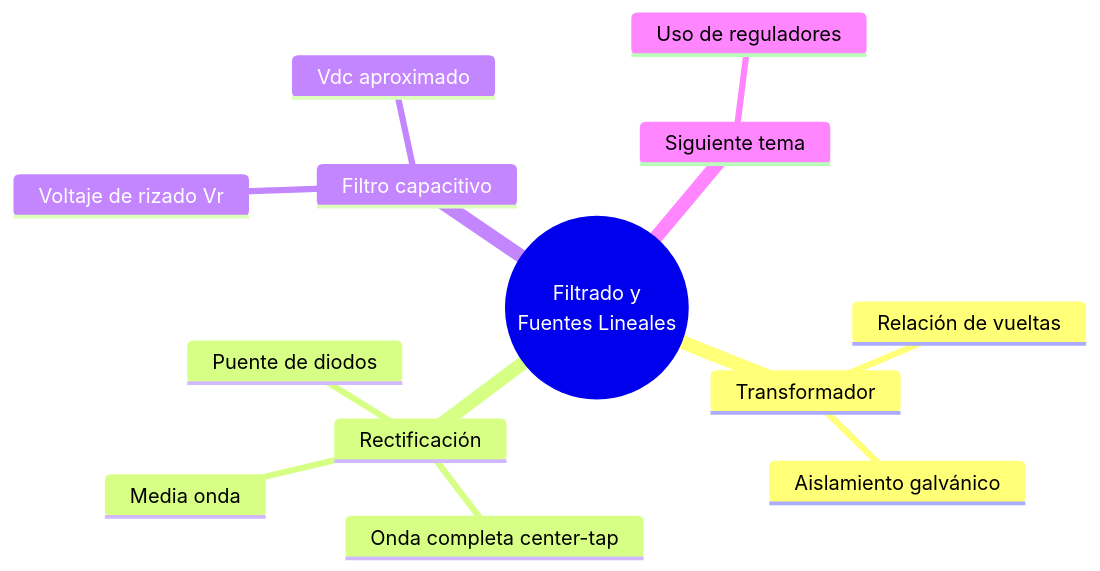
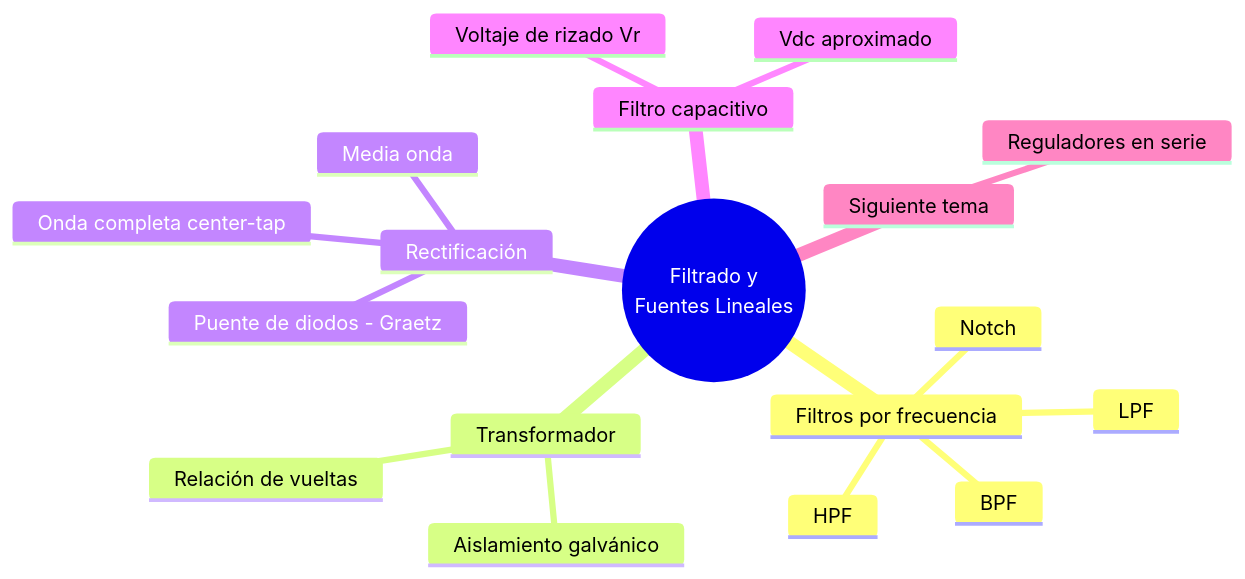
The diagram in src/site/notes/Universidad/3er Semestre/Fundamentos de Electricidad y Sistemas Digitales/Teórico/Unidad 2 - Introducción a la Electrónica/04 - Circuitos de Filtrado y Fuentes Lineales.md (Fsteven22/Notas-ESPOL), drawn with Mermaid before and after one commit. The commit also changed other lines of this file and 14 other files, not shown here.

````diff
--- a/src/site/notes/Universidad/3er Semestre/Fundamentos de Electricidad y Sistemas Digitales/Teórico/Unidad 2 - Introducción a la Electrónica/04 - Circuitos de Filtrado y Fuentes Lineales.md
+++ b/src/site/notes/Universidad/3er Semestre/Fundamentos de Electricidad y Sistemas Digitales/Teórico/Unidad 2 - Introducción a la Electrónica/04 - Circuitos de Filtrado y Fuentes Lineales.md
@@ -230,16 +288,21 @@
 ```mermaid
 mindmap
   root((Filtrado y<br/>Fuentes Lineales))
+    Filtros por frecuencia
+      LPF
+      HPF
+      BPF
+      Notch
     Transformador
       Relación de vueltas
       Aislamiento galvánico
     Rectificación
       Media onda
       Onda completa center-tap
-      Puente de diodos
+      Puente de diodos - Graetz
     Filtro capacitivo
       Voltaje de rizado Vr
       Vdc aproximado
     Siguiente tema
-      Uso de reguladores
+      Reguladores en serie
 ```
````
